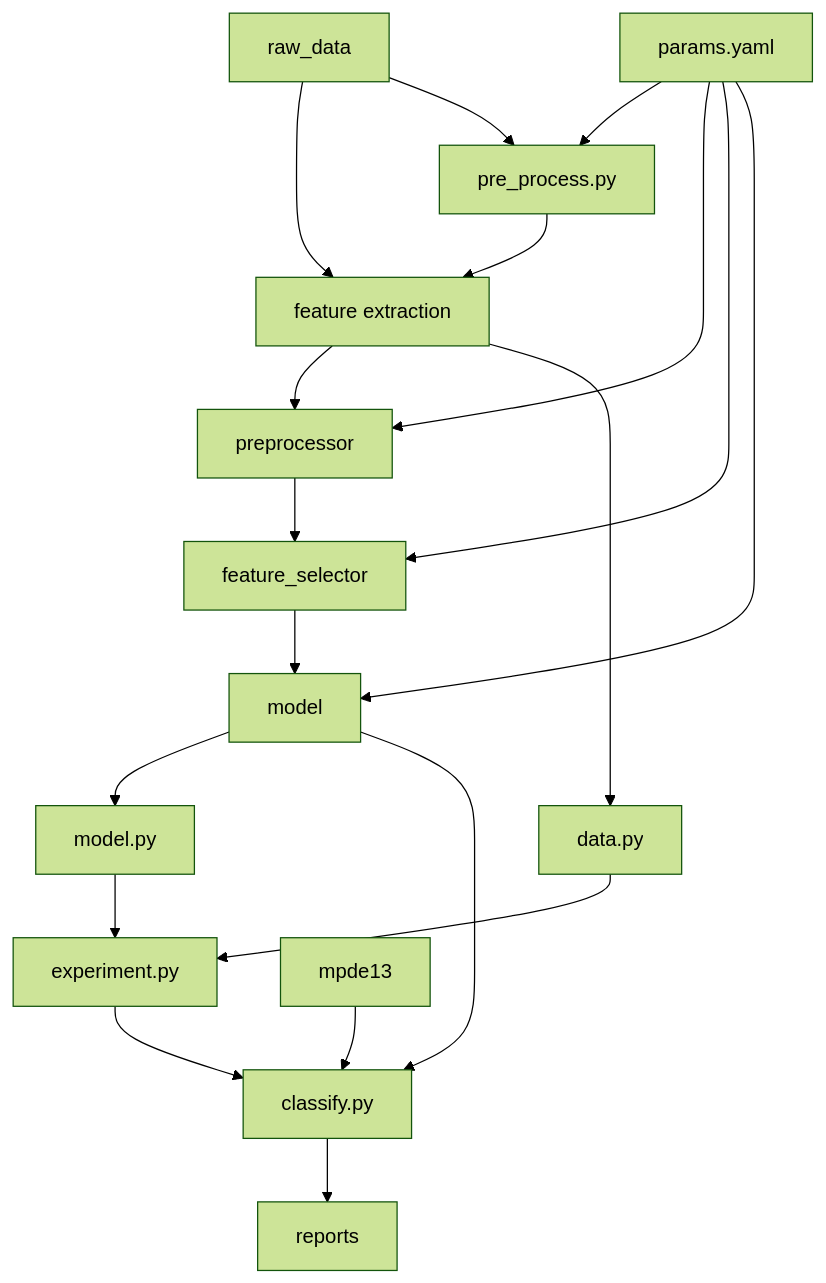
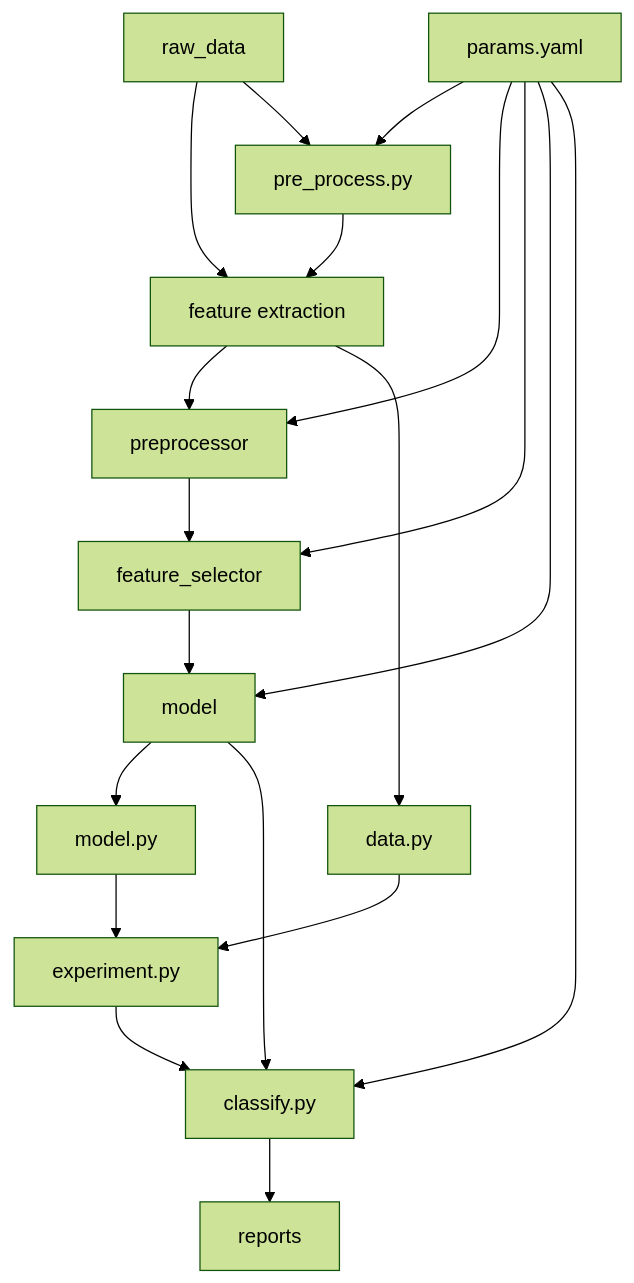
Before and after one commit to simplymathematics/as_activity_recognition: the diagram in README.md, drawn with Mermaid (forest theme).

````diff
--- a/README.md
+++ b/README.md
@@ -9,28 +9,28 @@
 ```mermaid
 flowchart TD
 	node1["raw_data"]
 	node2["feature extraction"]
 	node3["preprocessor"]
 	node4["feature_selector"]
 	node5["model"]
 	node8["pre_process.py"]
 	node9["classify.py"]
 	node10["data.py"]
 	node11["model.py"]
 	node12["experiment.py"]
 	node13["params.yaml"]
 	node14["reports"]
 	node1-->node2-->node3-->node4-->node5-->node11
 	node5-->node9
 	node13-->node8
 	node1-->node8
 	node8-->node2
 	node13-->node3
 	node10-->node12
 	node11-->node12-->node9
 	node2-->node10
 	node9-->node14
 	node13-->node4
 	node13-->node5
-	mpde13-->node9
+	node13-->node9
 ```
````
